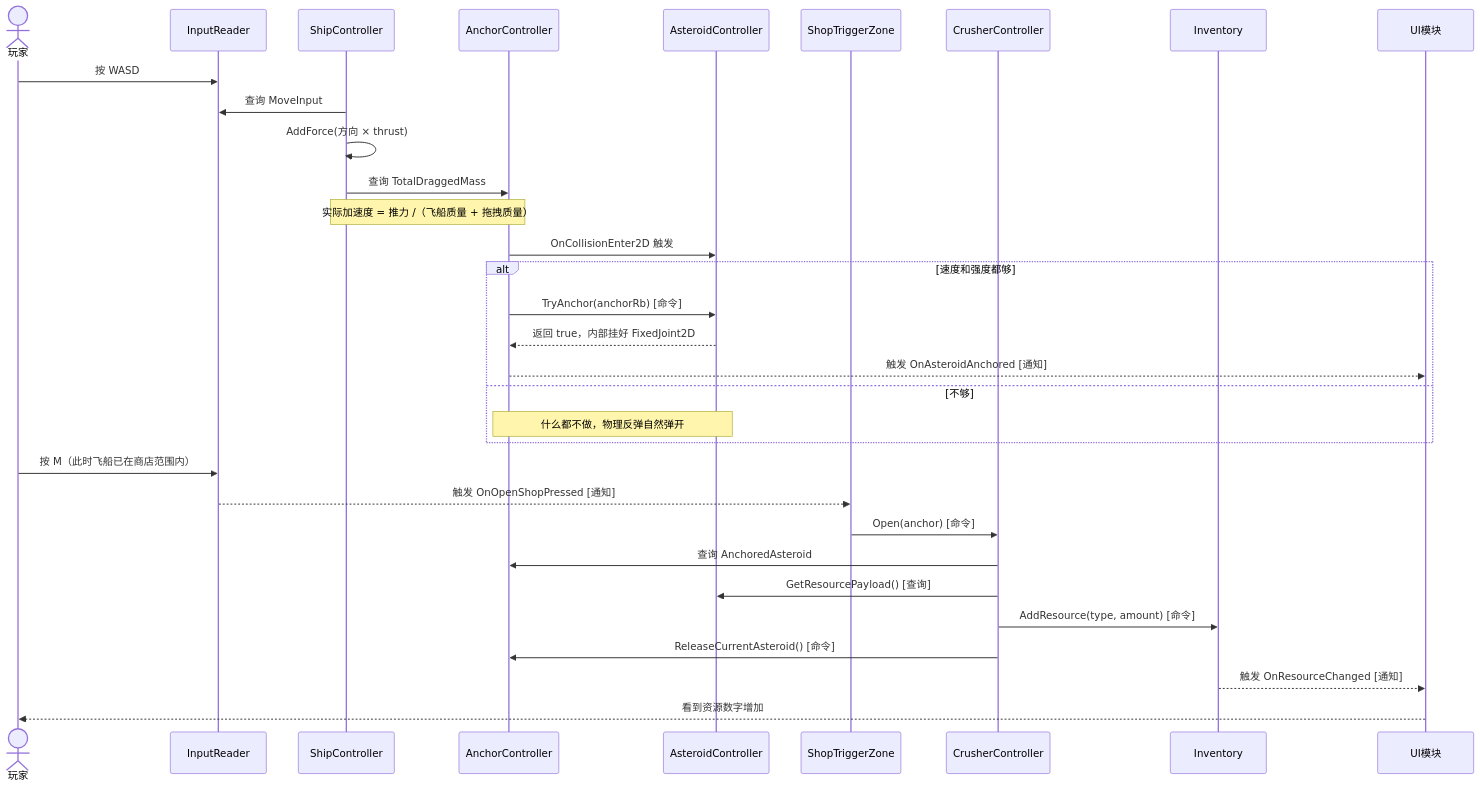
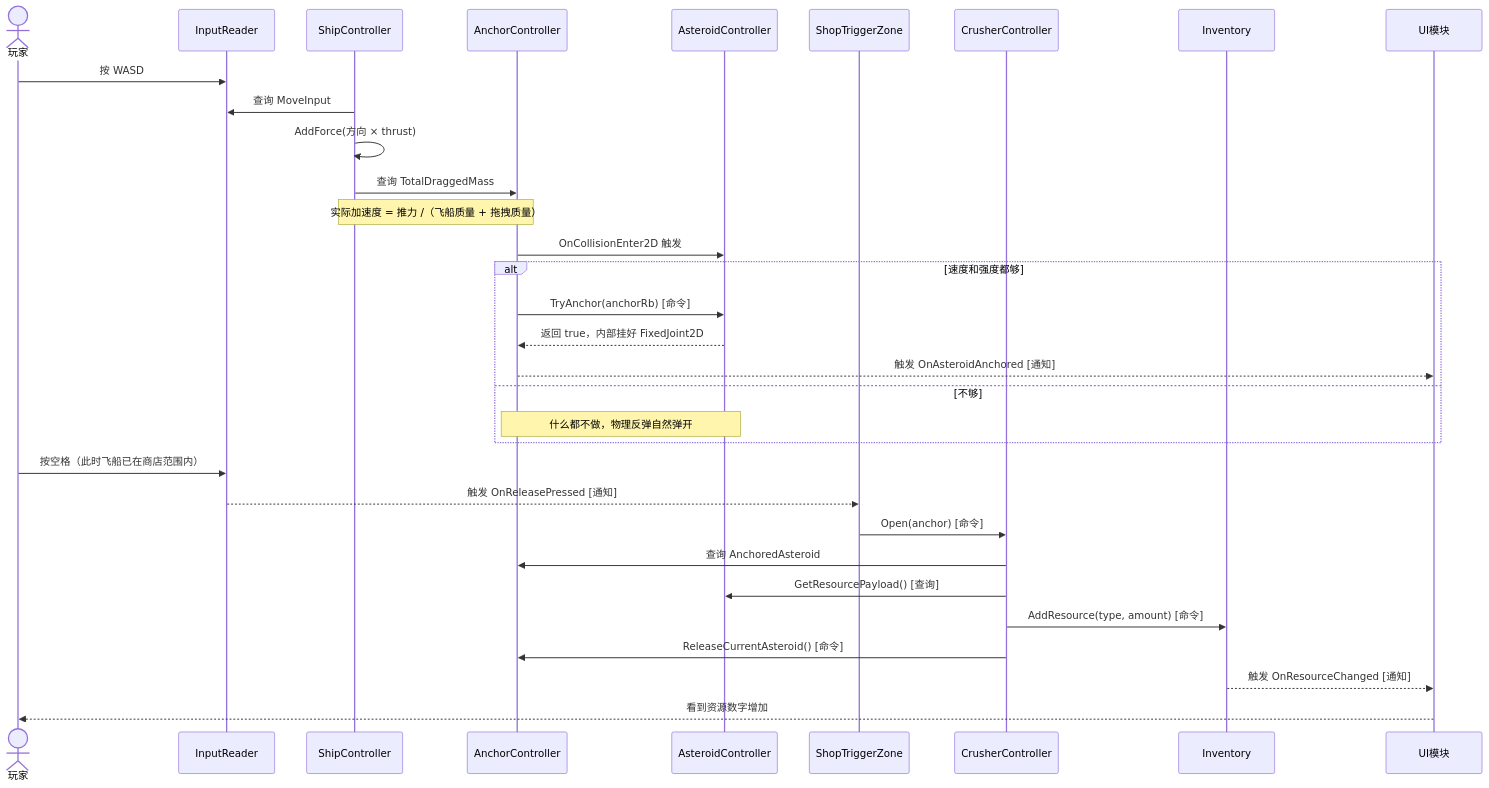
The fifth of 7 diagrams in 模块架构交接文档.md (WWWSSSAAADDD/CiGA-Game-Jam-2026), drawn with Mermaid before and after one commit. The commit also changed other lines of this file and 14 other files, not shown here.

````diff
--- a/模块架构交接文档.md
+++ b/模块架构交接文档.md
@@ -400,37 +401,37 @@
 ```mermaid
 sequenceDiagram
     actor 玩家
     participant Input as InputReader
     participant Ship as ShipController
     participant Anchor as AnchorController
     participant Ast as AsteroidController
     participant ShopZone as ShopTriggerZone
     participant Crusher as CrusherController
     participant Inv as Inventory
     participant UI as UI模块
 
     玩家->>Input: 按 WASD
     Ship->>Input: 查询 MoveInput
     Ship->>Ship: AddForce(方向 × thrust)
     Ship->>Anchor: 查询 TotalDraggedMass
     Note over Ship,Anchor: 实际加速度 = 推力 /（飞船质量 + 拖拽质量）
 
     Anchor->>Ast: OnCollisionEnter2D 触发
     alt 速度和强度都够
         Anchor->>Ast: TryAnchor(anchorRb) [命令]
         Ast-->>Anchor: 返回 true，内部挂好 FixedJoint2D
         Anchor-->>UI: 触发 OnAsteroidAnchored [通知]
     else 不够
         Note over Anchor,Ast: 什么都不做，物理反弹自然弹开
     end
 
-    玩家->>Input: 按 M（此时飞船已在商店范围内）
-    Input-->>ShopZone: 触发 OnOpenShopPressed [通知]
+    玩家->>Input: 按空格（此时飞船已在商店范围内）
+    Input-->>ShopZone: 触发 OnReleasePressed [通知]
     ShopZone->>Crusher: Open(anchor) [命令]
     Crusher->>Anchor: 查询 AnchoredAsteroid
     Crusher->>Ast: GetResourcePayload() [查询]
     Crusher->>Inv: AddResource(type, amount) [命令]
     Crusher->>Anchor: ReleaseCurrentAsteroid() [命令]
     Inv-->>UI: 触发 OnResourceChanged [通知]
     UI-->>玩家: 看到资源数字增加
 ```
````
